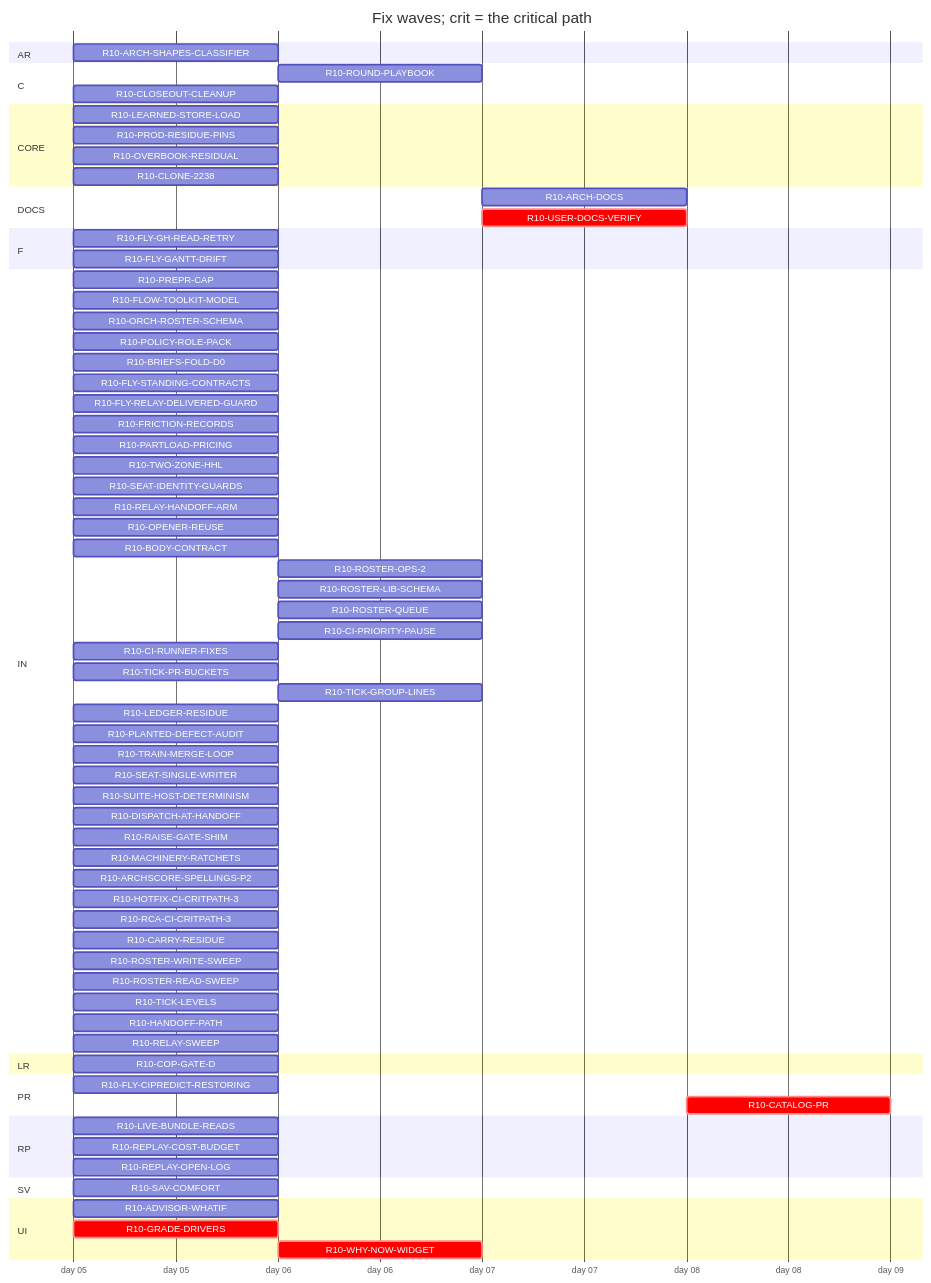
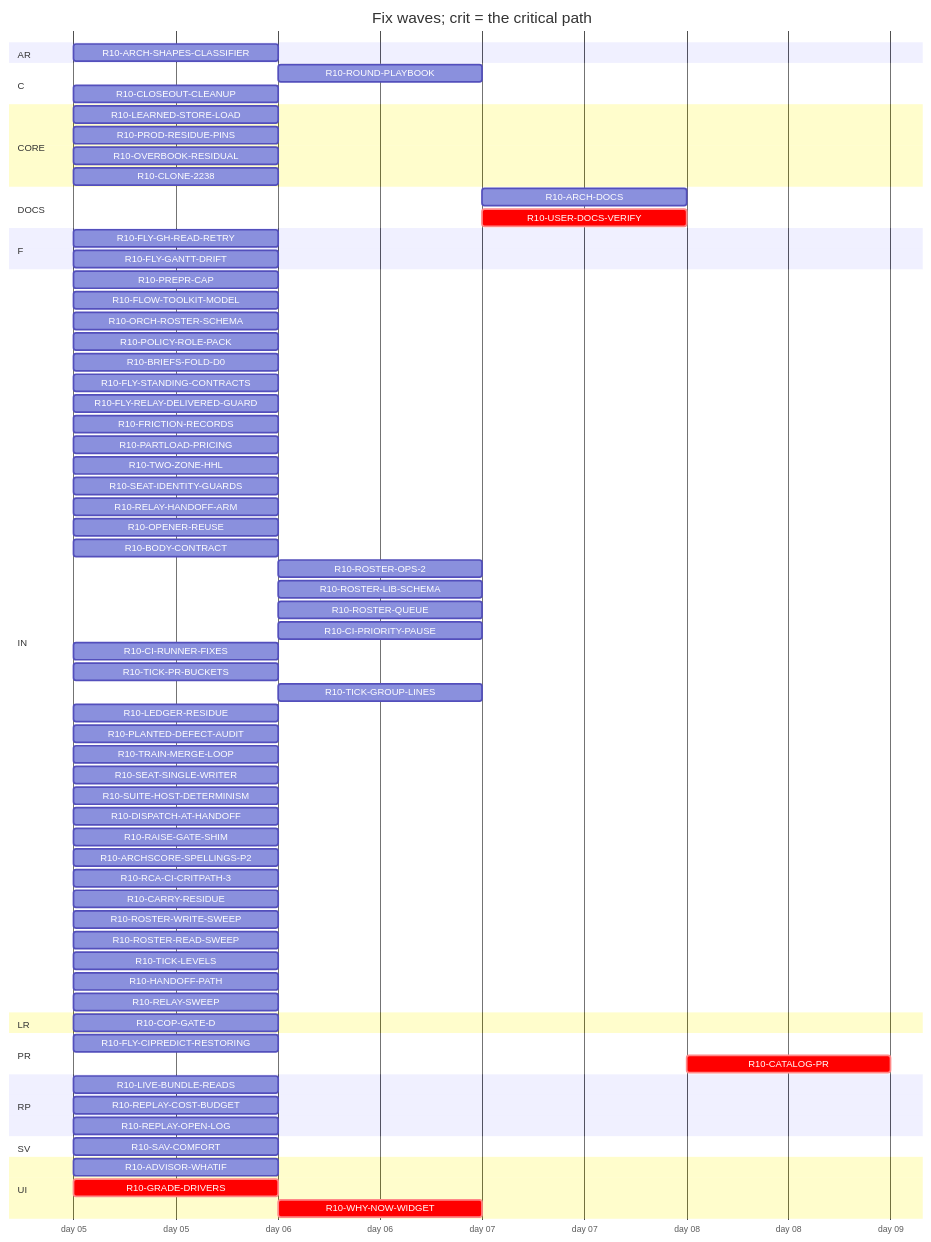
The diagram in handoff/round10/state/PLAN-TABLE.md (tvofi/heatpump_optimizer), drawn with Mermaid before and after one commit. The commit also changed other lines of this file and 3 other files, not shown here.

Commit message:
state: FLOW-BOARD.md, NEXT-SESSION-PROMPT.md, PLAN-TABLE.md, RESUME-CURRENT.md regenerated (state_docs.py)

````diff
--- a/handoff/round10/state/PLAN-TABLE.md
+++ b/handoff/round10/state/PLAN-TABLE.md
@@ -24,76 +24,74 @@
 ```mermaid
 gantt
   title Fix waves; crit = the critical path
   dateFormat YYYY-MM-DD
   axisFormat day %d
   section AR
     R10-ARCH-SHAPES-CLASSIFIER :r10ARCHSHAPESCLASSIFIER, 2026-01-05, 1d
   section C
-    R10-ROUND-PLAYBOOK :r10ROUNDPLAYBOOK, after r10MACHINERYRATCHETS r10PREPRCAP r10HANDOFFPATH r10RELAYSWEEP r10TRAINMERGELOOP r10DISPATCHATHANDOFF r10BODYCONTRACT r10TICKLEVELS r10CIPRIORITYPAUSE r10ROSTERWRITESWEEP r10ROSTERREADSWEEP r10FLYSTANDINGCONTRACTS r10POLICYROLEPACK r10FRICTIONRECORDS r10FLOWTOOLKITMODEL r10SEATIDENTITYGUARDS r10LEDGERRESIDUE r10CIRUNNERFIXES r10FLYCIPREDICTRESTORING r10RAISEGATESHIM r10PLANTEDDEFECTAUDIT r10FLYGHREADRETRY r10SUITEHOSTDETERMINISM r10ARCHSCORESPELLINGSP2, 1d
+    R10-ROUND-PLAYBOOK :r10ROUNDPLAYBOOK, after r10PREPRCAP r10HANDOFFPATH r10RELAYSWEEP r10TRAINMERGELOOP r10DISPATCHATHANDOFF r10BODYCONTRACT r10TICKLEVELS r10CIPRIORITYPAUSE r10ROSTERWRITESWEEP r10ROSTERREADSWEEP r10FLYSTANDINGCONTRACTS r10POLICYROLEPACK r10FRICTIONRECORDS r10FLOWTOOLKITMODEL r10SEATIDENTITYGUARDS r10LEDGERRESIDUE r10CIRUNNERFIXES r10FLYCIPREDICTRESTORING r10RAISEGATESHIM r10PLANTEDDEFECTAUDIT r10FLYGHREADRETRY r10SUITEHOSTDETERMINISM r10ARCHSCORESPELLINGSP2, 1d
     R10-CLOSEOUT-CLEANUP :r10CLOSEOUTCLEANUP, 2026-01-05, 1d
   section CORE
     R10-LEARNED-STORE-LOAD :r10LEARNEDSTORELOAD, 2026-01-05, 1d
     R10-PROD-RESIDUE-PINS :r10PRODRESIDUEPINS, 2026-01-05, 1d
     R10-OVERBOOK-RESIDUAL :r10OVERBOOKRESIDUAL, 2026-01-05, 1d
     R10-CLONE-2238 :r10CLONE2238, 2026-01-05, 1d
   section DOCS
-    R10-ARCH-DOCS :r10ARCHDOCS, after r10CARRYRESIDUE r10OVERBOOKRESIDUAL r10CLONE2238 r10SAVCOMFORT r10COPGATED r10GRADEDRIVERS r10WHYNOWWIDGET r10PARTLOADPRICING r10TWOZONEHHL r10ARCHSHAPESCLASSIFIER r10ADVISORWHATIF r10LEARNEDSTORELOAD r10PRODRESIDUEPINS r10LIVEBUNDLEREADS r10REPLAYCOSTBUDGET r10REPLAYOPENLOG r10MACHINERYRATCHETS r10PREPRCAP r10HANDOFFPATH r10RELAYSWEEP r10TRAINMERGELOOP r10DISPATCHATHANDOFF r10BODYCONTRACT r10TICKLEVELS r10CIPRIORITYPAUSE r10ROSTERWRITESWEEP r10ROSTERREADSWEEP r10FLYSTANDINGCONTRACTS r10POLICYROLEPACK r10FRICTIONRECORDS r10FLOWTOOLKITMODEL r10SEATIDENTITYGUARDS r10LEDGERRESIDUE r10CIRUNNERFIXES r10FLYCIPREDICTRESTORING r10RAISEGATESHIM r10PLANTEDDEFECTAUDIT r10FLYGHREADRETRY r10SUITEHOSTDETERMINISM r10ARCHSCORESPELLINGSP2, 1d
+    R10-ARCH-DOCS :r10ARCHDOCS, after r10CARRYRESIDUE r10OVERBOOKRESIDUAL r10CLONE2238 r10SAVCOMFORT r10COPGATED r10GRADEDRIVERS r10WHYNOWWIDGET r10PARTLOADPRICING r10TWOZONEHHL r10ARCHSHAPESCLASSIFIER r10ADVISORWHATIF r10LEARNEDSTORELOAD r10PRODRESIDUEPINS r10LIVEBUNDLEREADS r10REPLAYCOSTBUDGET r10REPLAYOPENLOG r10PREPRCAP r10HANDOFFPATH r10RELAYSWEEP r10TRAINMERGELOOP r10DISPATCHATHANDOFF r10BODYCONTRACT r10TICKLEVELS r10CIPRIORITYPAUSE r10ROSTERWRITESWEEP r10ROSTERREADSWEEP r10FLYSTANDINGCONTRACTS r10POLICYROLEPACK r10FRICTIONRECORDS r10FLOWTOOLKITMODEL r10SEATIDENTITYGUARDS r10LEDGERRESIDUE r10CIRUNNERFIXES r10FLYCIPREDICTRESTORING r10RAISEGATESHIM r10PLANTEDDEFECTAUDIT r10FLYGHREADRETRY r10SUITEHOSTDETERMINISM r10ARCHSCORESPELLINGSP2, 1d
     R10-USER-DOCS-VERIFY :crit, r10USERDOCSVERIFY, after r10CARRYRESIDUE r10OVERBOOKRESIDUAL r10CLONE2238 r10SAVCOMFORT r10COPGATED r10GRADEDRIVERS r10WHYNOWWIDGET r10PARTLOADPRICING r10TWOZONEHHL r10ARCHSHAPESCLASSIFIER r10ADVISORWHATIF r10LEARNEDSTORELOAD r10PRODRESIDUEPINS r10LIVEBUNDLEREADS r10REPLAYCOSTBUDGET r10REPLAYOPENLOG, 1d
   section F
     R10-FLY-GH-READ-RETRY :r10FLYGHREADRETRY, 2026-01-05, 1d
     R10-FLY-GANTT-DRIFT :r10FLYGANTTDRIFT, 2026-01-05, 1d
   section IN
     R10-PREPR-CAP :r10PREPRCAP, 2026-01-05, 1d
     R10-FLOW-TOOLKIT-MODEL :r10FLOWTOOLKITMODEL, 2026-01-05, 1d
     R10-ORCH-ROSTER-SCHEMA :r10ORCHROSTERSCHEMA, 2026-01-05, 1d
     R10-POLICY-ROLE-PACK :r10POLICYROLEPACK, 2026-01-05, 1d
     R10-BRIEFS-FOLD-D0 :r10BRIEFSFOLDD0, 2026-01-05, 1d
     R10-FLY-STANDING-CONTRACTS :r10FLYSTANDINGCONTRACTS, 2026-01-05, 1d
     R10-FLY-RELAY-DELIVERED-GUARD :r10FLYRELAYDELIVEREDGUARD, 2026-01-05, 1d
     R10-FRICTION-RECORDS :r10FRICTIONRECORDS, 2026-01-05, 1d
     R10-PARTLOAD-PRICING :r10PARTLOADPRICING, 2026-01-05, 1d
     R10-TWO-ZONE-HHL :r10TWOZONEHHL, 2026-01-05, 1d
     R10-SEAT-IDENTITY-GUARDS :r10SEATIDENTITYGUARDS, 2026-01-05, 1d
     R10-RELAY-HANDOFF-ARM :r10RELAYHANDOFFARM, 2026-01-05, 1d
     R10-OPENER-REUSE :r10OPENERREUSE, 2026-01-05, 1d
     R10-BODY-CONTRACT :r10BODYCONTRACT, 2026-01-05, 1d
     R10-ROSTER-OPS-2 :r10ROSTEROPS2, after r10ORCHROSTERSCHEMA, 1d
     R10-ROSTER-LIB-SCHEMA :r10ROSTERLIBSCHEMA, after r10ORCHROSTERSCHEMA, 1d
     R10-ROSTER-QUEUE :r10ROSTERQUEUE, after r10ORCHROSTERSCHEMA, 1d
     R10-CI-PRIORITY-PAUSE :r10CIPRIORITYPAUSE, after r10TICKLEVELS, 1d
     R10-CI-RUNNER-FIXES :r10CIRUNNERFIXES, 2026-01-05, 1d
     R10-TICK-PR-BUCKETS :r10TICKPRBUCKETS, 2026-01-05, 1d
     R10-TICK-GROUP-LINES :r10TICKGROUPLINES, after r10ORCHROSTERSCHEMA, 1d
     R10-LEDGER-RESIDUE :r10LEDGERRESIDUE, 2026-01-05, 1d
     R10-PLANTED-DEFECT-AUDIT :r10PLANTEDDEFECTAUDIT, 2026-01-05, 1d
     R10-TRAIN-MERGE-LOOP :r10TRAINMERGELOOP, 2026-01-05, 1d
     R10-SEAT-SINGLE-WRITER :r10SEATSINGLEWRITER, 2026-01-05, 1d
     R10-SUITE-HOST-DETERMINISM :r10SUITEHOSTDETERMINISM, 2026-01-05, 1d
     R10-DISPATCH-AT-HANDOFF :r10DISPATCHATHANDOFF, 2026-01-05, 1d
     R10-RAISE-GATE-SHIM :r10RAISEGATESHIM, 2026-01-05, 1d
-    R10-MACHINERY-RATCHETS :r10MACHINERYRATCHETS, 2026-01-05, 1d
     R10-ARCHSCORE-SPELLINGS-P2 :r10ARCHSCORESPELLINGSP2, 2026-01-05, 1d
-    R10-HOTFIX-CI-CRITPATH-3 :r10HOTFIXCICRITPATH3, 2026-01-05, 1d
     R10-RCA-CI-CRITPATH-3 :r10RCACICRITPATH3, 2026-01-05, 1d
     R10-CARRY-RESIDUE :r10CARRYRESIDUE, 2026-01-05, 1d
     R10-ROSTER-WRITE-SWEEP :r10ROSTERWRITESWEEP, 2026-01-05, 1d
     R10-ROSTER-READ-SWEEP :r10ROSTERREADSWEEP, 2026-01-05, 1d
     R10-TICK-LEVELS :r10TICKLEVELS, 2026-01-05, 1d
     R10-HANDOFF-PATH :r10HANDOFFPATH, 2026-01-05, 1d
     R10-RELAY-SWEEP :r10RELAYSWEEP, 2026-01-05, 1d
   section LR
     R10-COP-GATE-D :r10COPGATED, 2026-01-05, 1d
   section PR
     R10-FLY-CIPREDICT-RESTORING :r10FLYCIPREDICTRESTORING, 2026-01-05, 1d
     R10-CATALOG-PR :crit, r10CATALOGPR, after r10USERDOCSVERIFY r10ARCHDOCS r10ROUNDPLAYBOOK r10CLOSEOUTCLEANUP, 1d
   section RP
     R10-LIVE-BUNDLE-READS :r10LIVEBUNDLEREADS, 2026-01-05, 1d
     R10-REPLAY-COST-BUDGET :r10REPLAYCOSTBUDGET, 2026-01-05, 1d
     R10-REPLAY-OPEN-LOG :r10REPLAYOPENLOG, 2026-01-05, 1d
   section SV
     R10-SAV-COMFORT :r10SAVCOMFORT, 2026-01-05, 1d
   section UI
     R10-ADVISOR-WHATIF :r10ADVISORWHATIF, 2026-01-05, 1d
     R10-GRADE-DRIVERS :crit, r10GRADEDRIVERS, 2026-01-05, 1d
     R10-WHY-NOW-WIDGET :crit, r10WHYNOWWIDGET, after r10GRADEDRIVERS, 1d
 ```
````
